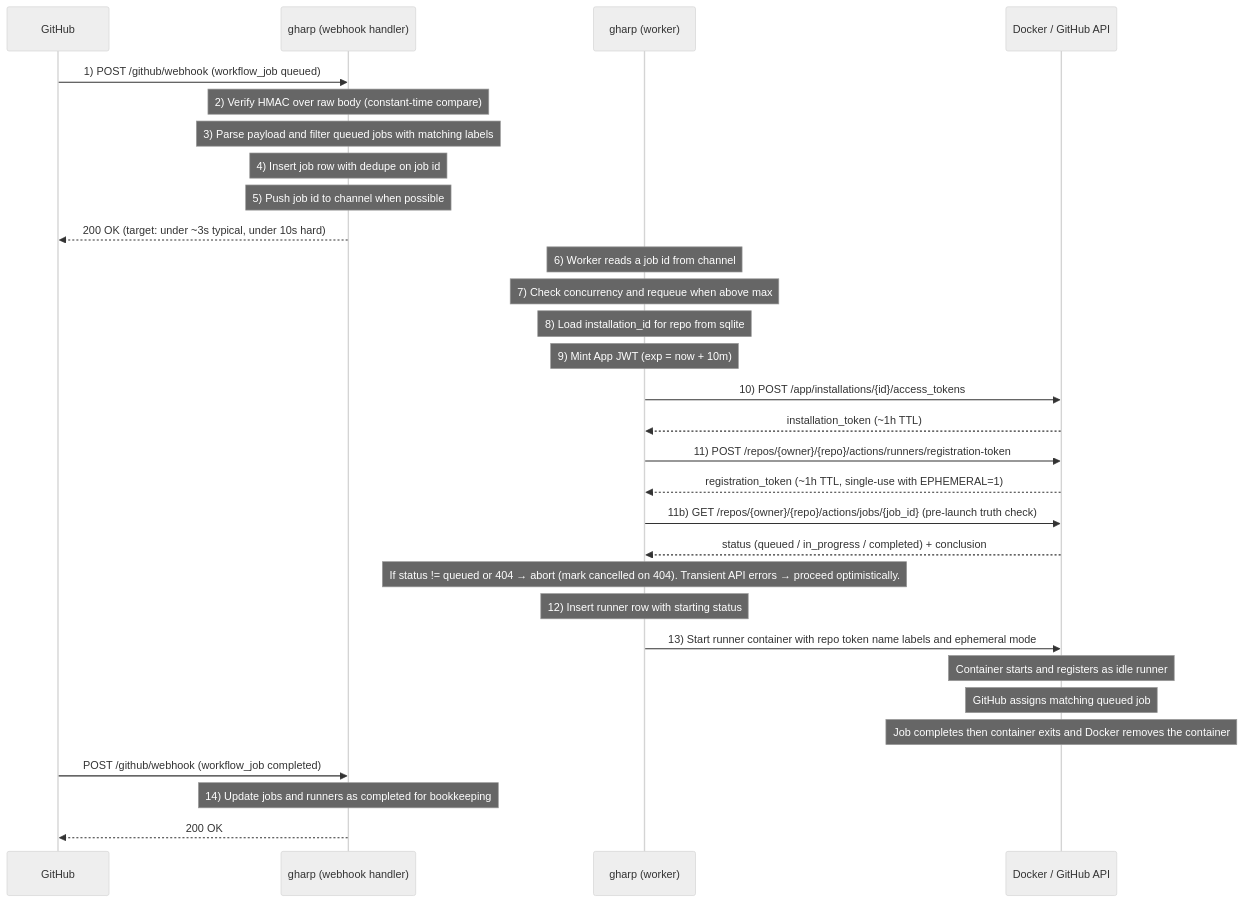
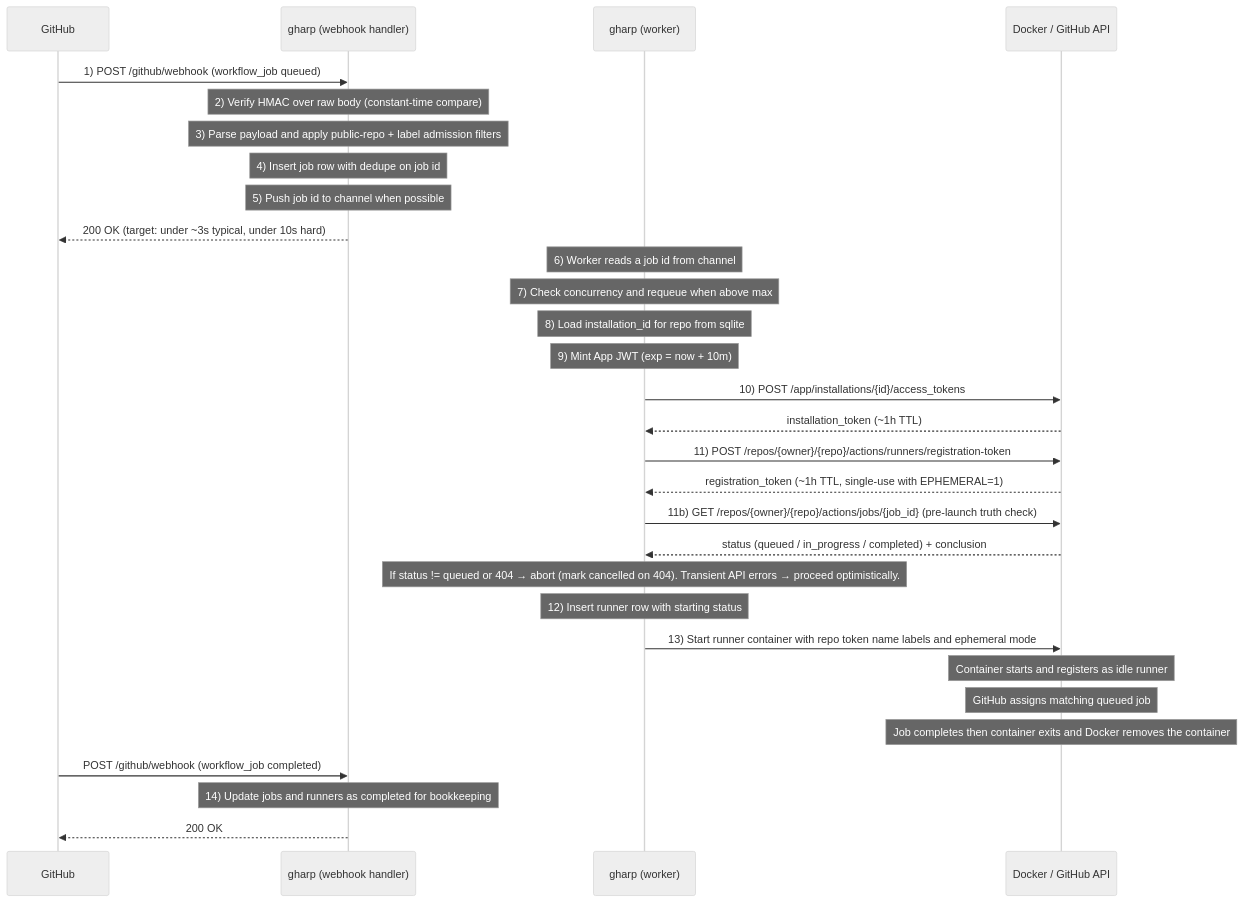
One commit to muhac/actions-runner-pool changed the first of 2 diagrams in docs/architecture.md. Above: the diagram before and after it, drawn with Mermaid (neutral theme). The commit also changed other lines of this file and 11 other files, not shown here.

First line of the commit message:
Guard public repo workflow jobs (#25)

````diff
--- a/docs/architecture.md
+++ b/docs/architecture.md
@@ -161,39 +161,39 @@
 ```mermaid
 sequenceDiagram
     participant GH as GitHub
     participant WH as gharp (webhook handler)
     participant WK as gharp (worker)
     participant DK as Docker / GitHub API
 
   GH->>WH: 1) POST /github/webhook (workflow_job queued)
     Note over WH: 2) Verify HMAC over raw body (constant-time compare)
-  Note over WH: 3) Parse payload and filter queued jobs with matching labels
+  Note over WH: 3) Parse payload and apply public-repo + label admission filters
   Note over WH: 4) Insert job row with dedupe on job id
   Note over WH: 5) Push job id to channel when possible
   WH-->>GH: 200 OK (target: under ~3s typical, under 10s hard)
 
     Note over WK: 6) Worker reads a job id from channel
     Note over WK: 7) Check concurrency and requeue when above max
     Note over WK: 8) Load installation_id for repo from sqlite
     Note over WK: 9) Mint App JWT (exp = now + 10m)
 
     WK->>DK: 10) POST /app/installations/{id}/access_tokens
     DK-->>WK: installation_token (~1h TTL)
 
     WK->>DK: 11) POST /repos/{owner}/{repo}/actions/runners/registration-token
     DK-->>WK: registration_token (~1h TTL, single-use with EPHEMERAL=1)
 
     WK->>DK: 11b) GET /repos/{owner}/{repo}/actions/jobs/{job_id} (pre-launch truth check)
     DK-->>WK: status (queued / in_progress / completed) + conclusion
     Note over WK: If status != queued or 404 → abort (mark cancelled on 404). Transient API errors → proceed optimistically.
 
     Note over WK: 12) Insert runner row with starting status
     WK->>DK: 13) Start runner container with repo token name labels and ephemeral mode
     Note over DK: Container starts and registers as idle runner
     Note over DK: GitHub assigns matching queued job
     Note over DK: Job completes then container exits and Docker removes the container
 
     GH->>WH: POST /github/webhook (workflow_job completed)
     Note over WH: 14) Update jobs and runners as completed for bookkeeping
     WH-->>GH: 200 OK
 ```
````
